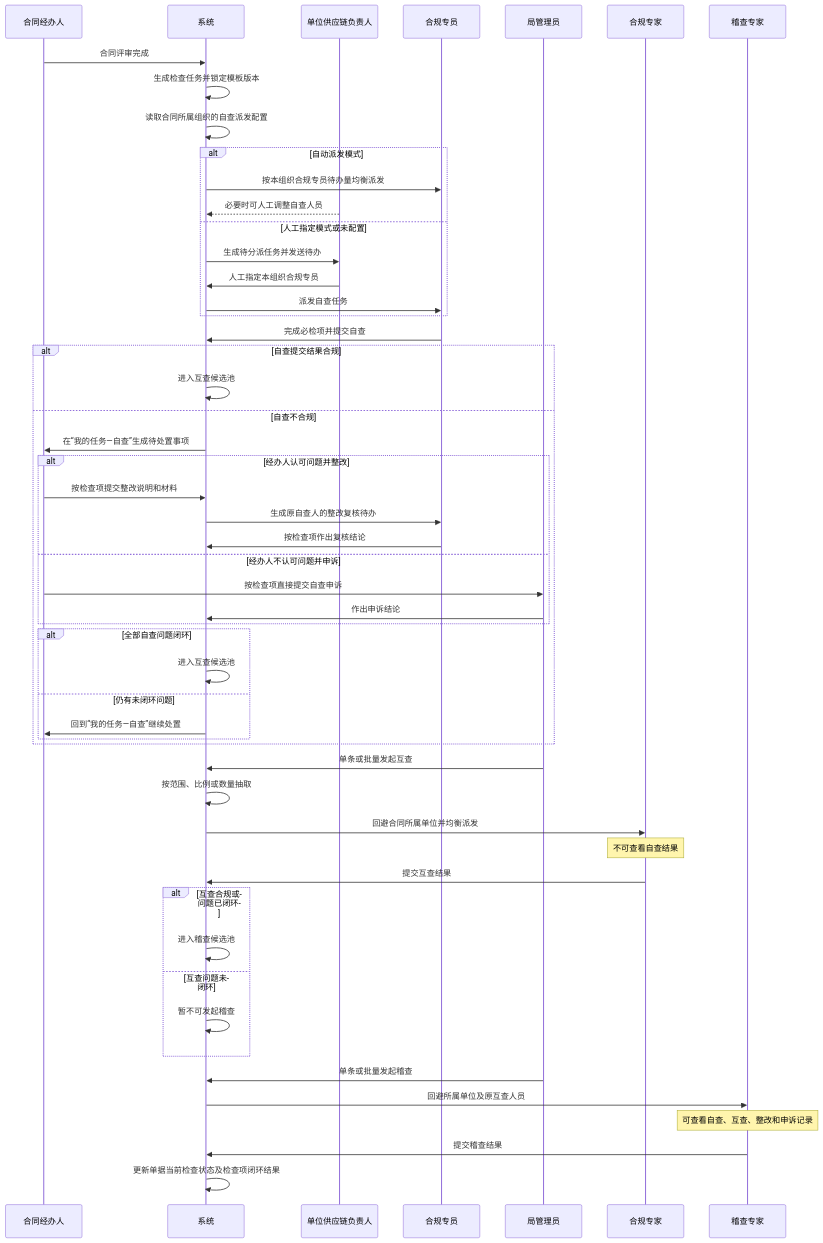
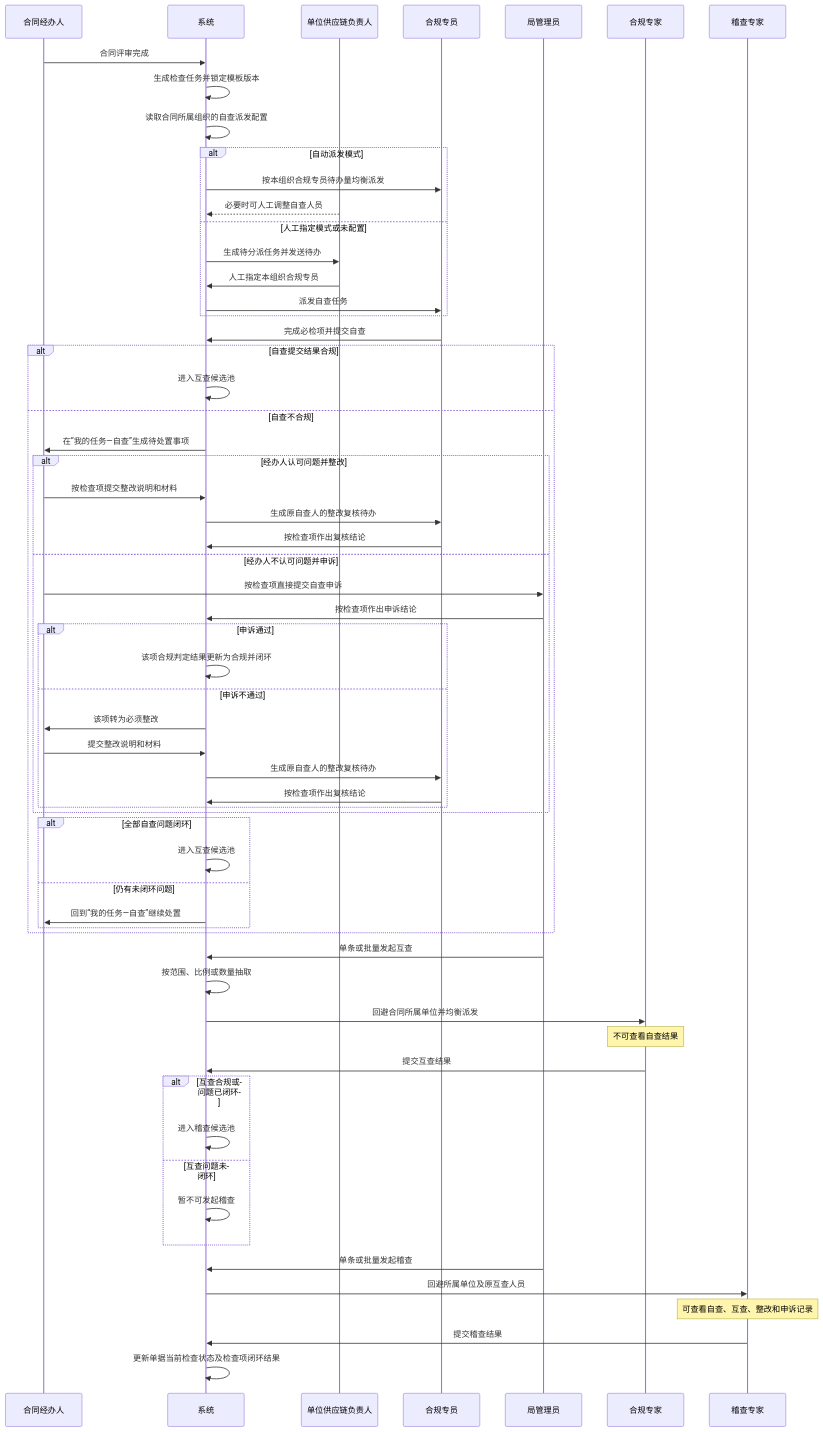
One commit to LRainD/LRainD.github.io changed the sixth of 16 diagrams in axureMake/docs/四局一单一检/prd.md. Above: the diagram before and after it, drawn with Mermaid. The commit also changed other lines of this file and 7 other files, not shown here.

````diff
--- a/axureMake/docs/四局一单一检/prd.md
+++ b/axureMake/docs/四局一单一检/prd.md
@@ -462,60 +478,68 @@
 ```mermaid
 sequenceDiagram
     participant H as 合同经办人
     participant S as 系统
     participant L as 单位供应链负责人
     participant SC as 合规专员
     participant A as 局管理员
     participant MC as 合规专家
     participant AC as 稽查专家
 
     H->>S: 合同评审完成
     S->>S: 生成检查任务并锁定模板版本
     S->>S: 读取合同所属组织的自查派发配置
     alt 自动派发模式
         S->>SC: 按本组织合规专员待办量均衡派发
         L-->>S: 必要时可人工调整自查人员
     else 人工指定模式或未配置
         S->>L: 生成待分派任务并发送待办
         L->>S: 人工指定本组织合规专员
         S->>SC: 派发自查任务
     end
     SC->>S: 完成必检项并提交自查
 
     alt 自查提交结果合规
         S->>S: 进入互查候选池
     else 自查不合规
         S->>H: 在“我的任务—自查”生成待处置事项
         alt 经办人认可问题并整改
             H->>S: 按检查项提交整改说明和材料
             S->>SC: 生成原自查人的整改复核待办
             SC->>S: 按检查项作出复核结论
         else 经办人不认可问题并申诉
             H->>A: 按检查项直接提交自查申诉
-            A->>S: 作出申诉结论
+            A->>S: 按检查项作出申诉结论
+            alt 申诉通过
+                S->>S: 该项合规判定结果更新为合规并闭环
+            else 申诉不通过
+                S->>H: 该项转为必须整改
+                H->>S: 提交整改说明和材料
+                S->>SC: 生成原自查人的整改复核待办
+                SC->>S: 按检查项作出复核结论
+            end
         end
         alt 全部自查问题闭环
             S->>S: 进入互查候选池
         else 仍有未闭环问题
             S->>H: 回到“我的任务—自查”继续处置
         end
     end
 
     A->>S: 单条或批量发起互查
     S->>S: 按范围、比例或数量抽取
     S->>MC: 回避合同所属单位并均衡派发
     Note over MC: 不可查看自查结果
     MC->>S: 提交互查结果
 
     alt 互查合规或问题已闭环
         S->>S: 进入稽查候选池
     else 互查问题未闭环
         S->>S: 暂不可发起稽查
     end
 
     A->>S: 单条或批量发起稽查
     S->>AC: 回避所属单位及原互查人员
     Note over AC: 可查看自查、互查、整改和申诉记录
     AC->>S: 提交稽查结果
     S->>S: 更新单据当前检查状态及检查项闭环结果
 ```
````
